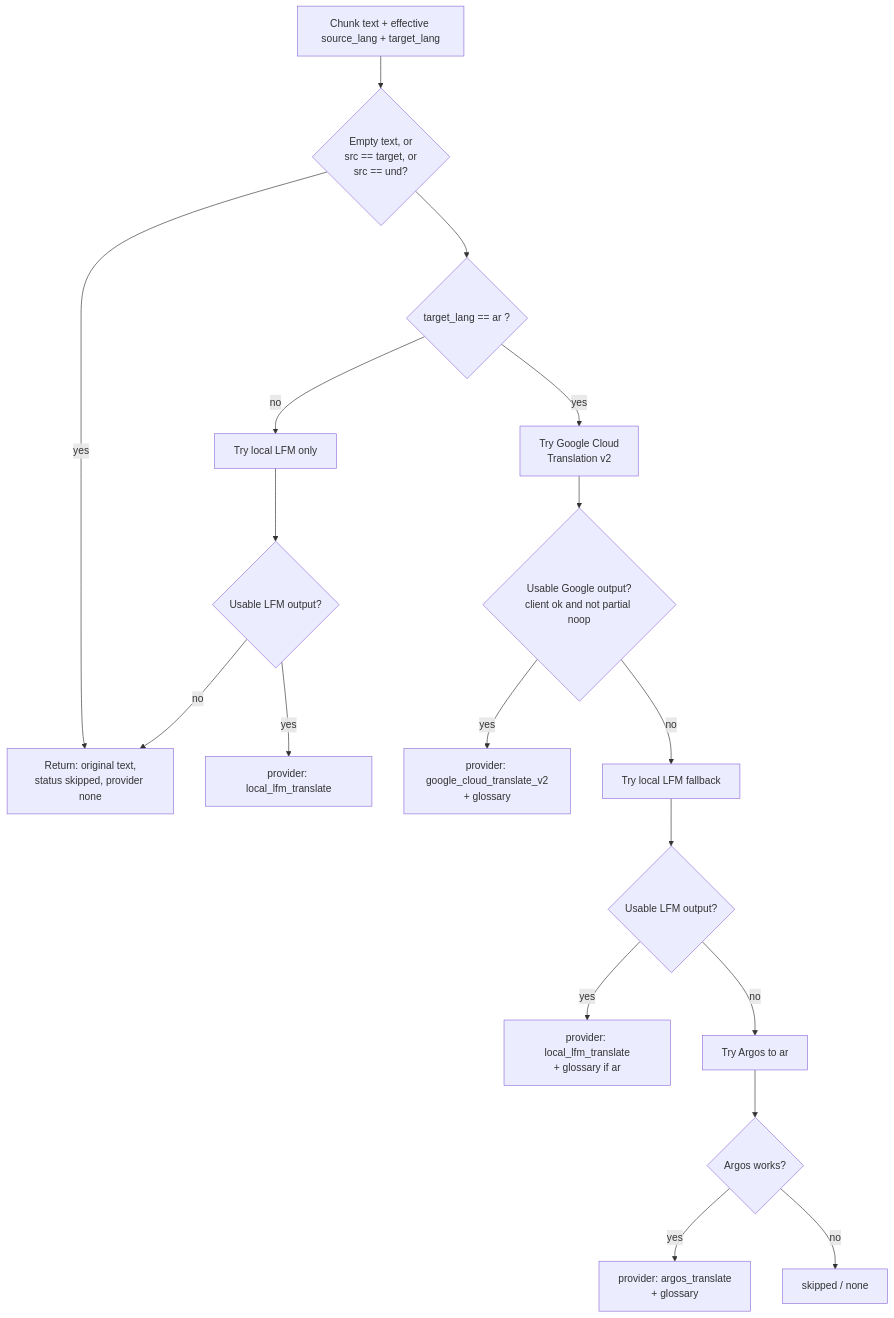
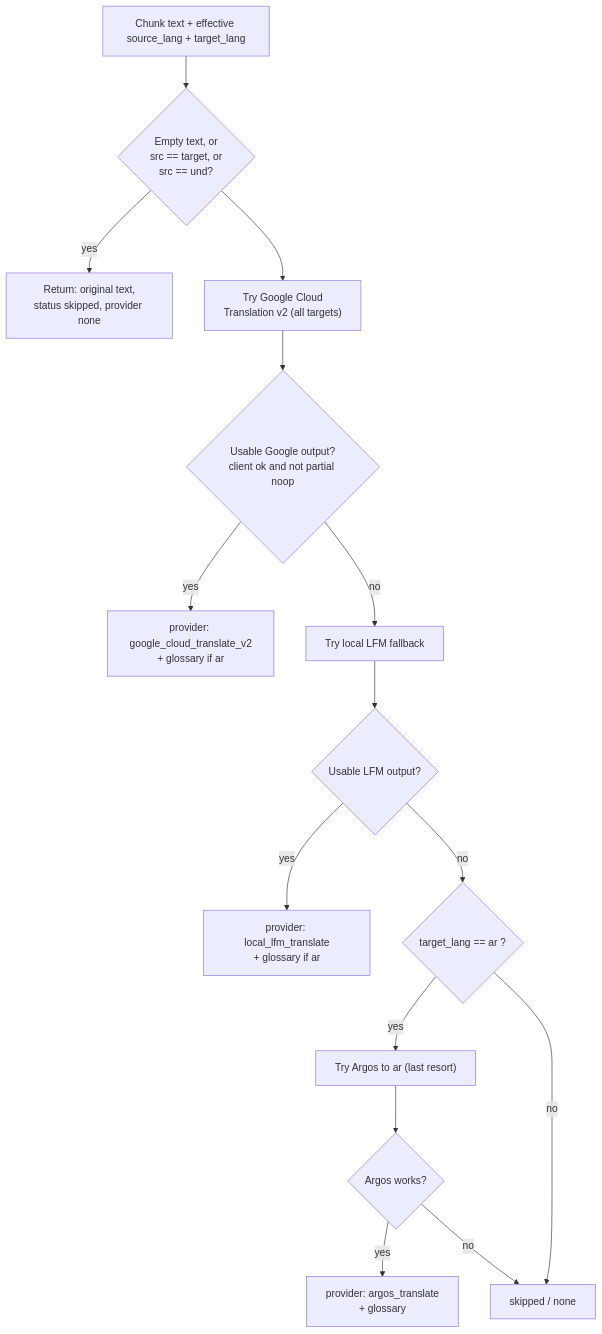
The second of 3 diagrams in docs/TRANSLATION_REPORT.md (nourabulnasr/GP-Legal-AI-), drawn with Mermaid before and after one commit. The commit also changed other lines of this file and 4 other files, not shown here.

First line of the commit message:
Use Google Cloud Translation for all target languages with automatic LFM fallback.

````diff
--- a/docs/TRANSLATION_REPORT.md
+++ b/docs/TRANSLATION_REPORT.md
@@ -64,26 +64,22 @@
 ```mermaid
 flowchart TD
   IN["Chunk text + effective source_lang + target_lang"]
 
   IN --> Q1{"Empty text, or\nsrc == target, or\nsrc == und?"}
   Q1 -->|yes| SK["Return: original text,\nstatus skipped, provider none"]
 
-  Q1 --> TAR{"target_lang == ar ?"}
-  TAR -->|no| LFMonly["Try local LFM only"]
-  LFMonly --> LFMok2{"Usable LFM output?"}
-  LFMok2 -->|yes| OUTL2["provider: local_lfm_translate"]
-  LFMok2 -->|no| SK
-
-  TAR -->|yes| GOO["Try Google Cloud\nTranslation v2"]
+  Q1 --> GOO["Try Google Cloud\nTranslation v2 (all targets)"]
   GOO --> Guse{"Usable Google output?\nclient ok and not partial noop"}
-  Guse -->|yes| OUTG["provider: google_cloud_translate_v2\n+ glossary"]
+  Guse -->|yes| OUTG["provider: google_cloud_translate_v2\n+ glossary if ar"]
 
   Guse -->|no| LFM["Try local LFM fallback"]
   LFM --> LFMok{"Usable LFM output?"}
   LFMok -->|yes| OUTL["provider: local_lfm_translate\n+ glossary if ar"]
 
-  LFMok -->|no| ARG["Try Argos to ar"]
+  LFMok -->|no| TAR{"target_lang == ar ?"}
+  TAR -->|yes| ARG["Try Argos to ar (last resort)"]
   ARG --> Aok{"Argos works?"}
   Aok -->|yes| OUTA["provider: argos_translate\n+ glossary"]
   Aok -->|no| SK2["skipped / none"]
+  TAR -->|no| SK2
 ```
````
